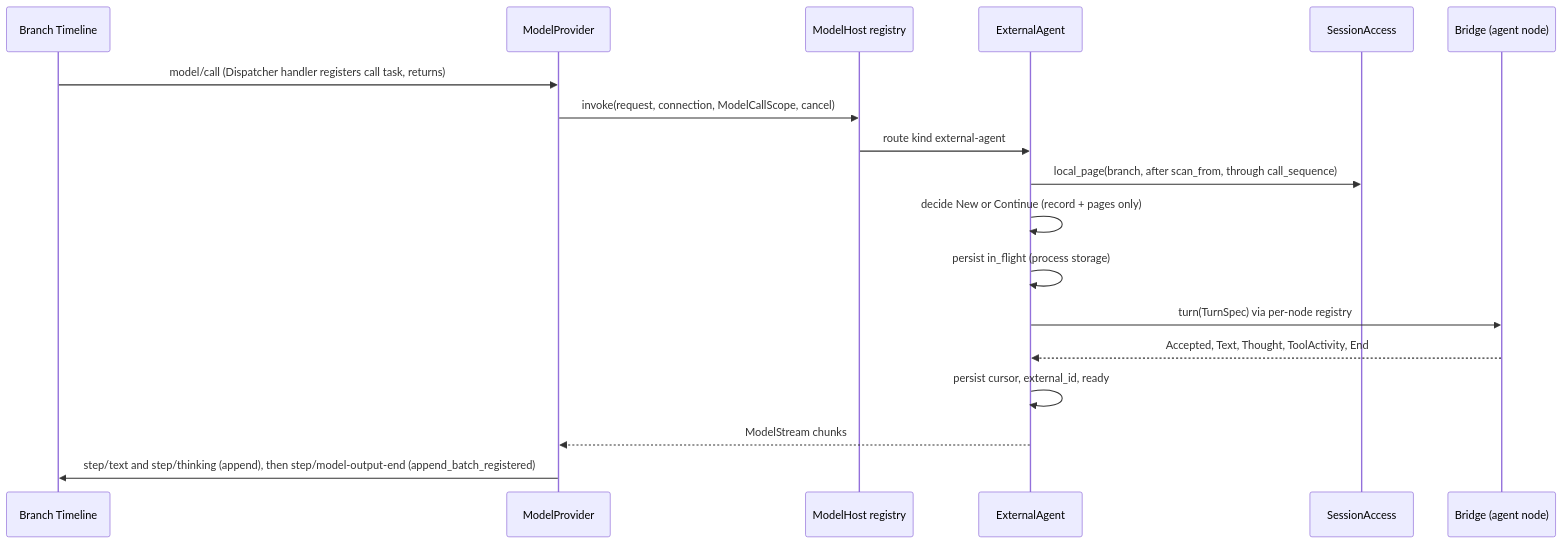
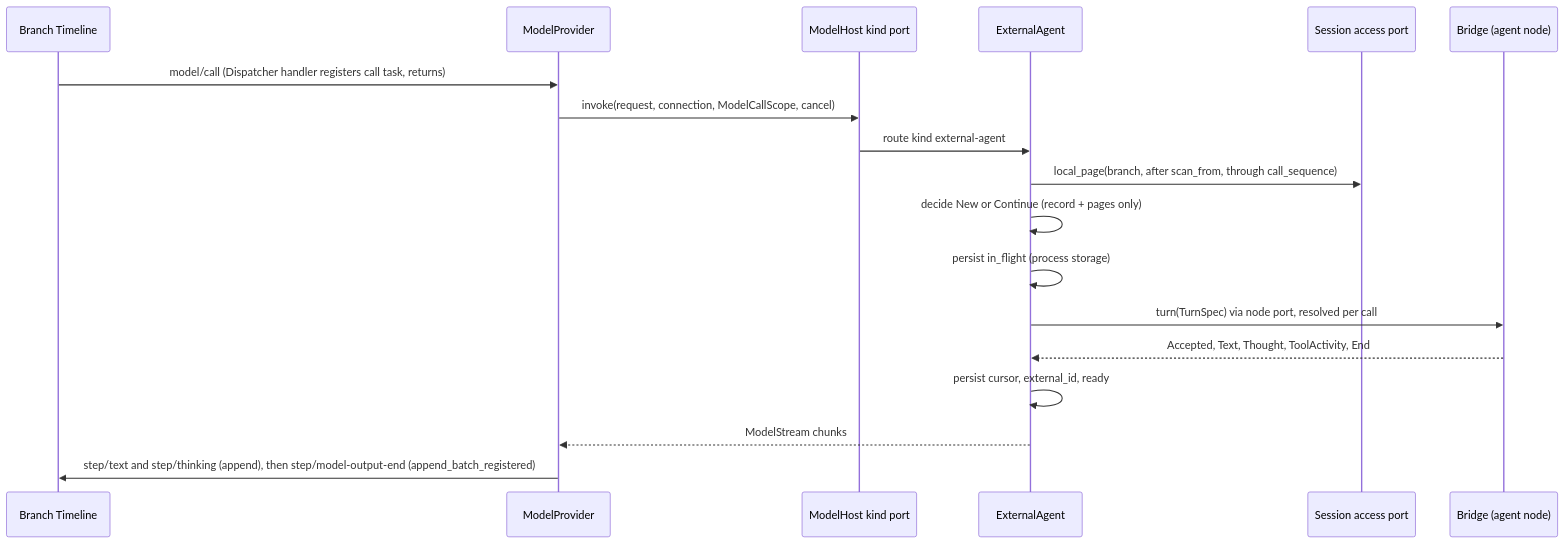
One commit to CoutinhoTTS/dim-agent changed the third of 5 diagrams in docs/design/plugins/ExternalAgent.md. Above: the diagram before and after it, drawn with Mermaid. The commit also changed other lines of this file and 3 other files, not shown here.

````diff
--- a/docs/design/plugins/ExternalAgent.md
+++ b/docs/design/plugins/ExternalAgent.md
@@ -96,20 +100,20 @@
 ```mermaid
 sequenceDiagram
   participant TL as Branch Timeline
   participant MP as ModelProvider
-  participant MH as ModelHost registry
+  participant MH as ModelHost kind port
   participant EA as ExternalAgent
-  participant SA as SessionAccess
+  participant SA as Session access port
   participant BR as Bridge (agent node)
   TL->>MP: model/call (Dispatcher handler registers call task, returns)
   MP->>MH: invoke(request, connection, ModelCallScope, cancel)
   MH->>EA: route kind external-agent
   EA->>SA: local_page(branch, after scan_from, through call_sequence)
   EA->>EA: decide New or Continue (record + pages only)
   EA->>EA: persist in_flight (process storage)
-  EA->>BR: turn(TurnSpec) via per-node registry
+  EA->>BR: turn(TurnSpec) via node port, resolved per call
   BR-->>EA: Accepted, Text, Thought, ToolActivity, End
   EA->>EA: persist cursor, external_id, ready
   EA-->>MP: ModelStream chunks
   MP->>TL: step/text and step/thinking (append), then step/model-output-end (append_batch_registered)
 ```
````
